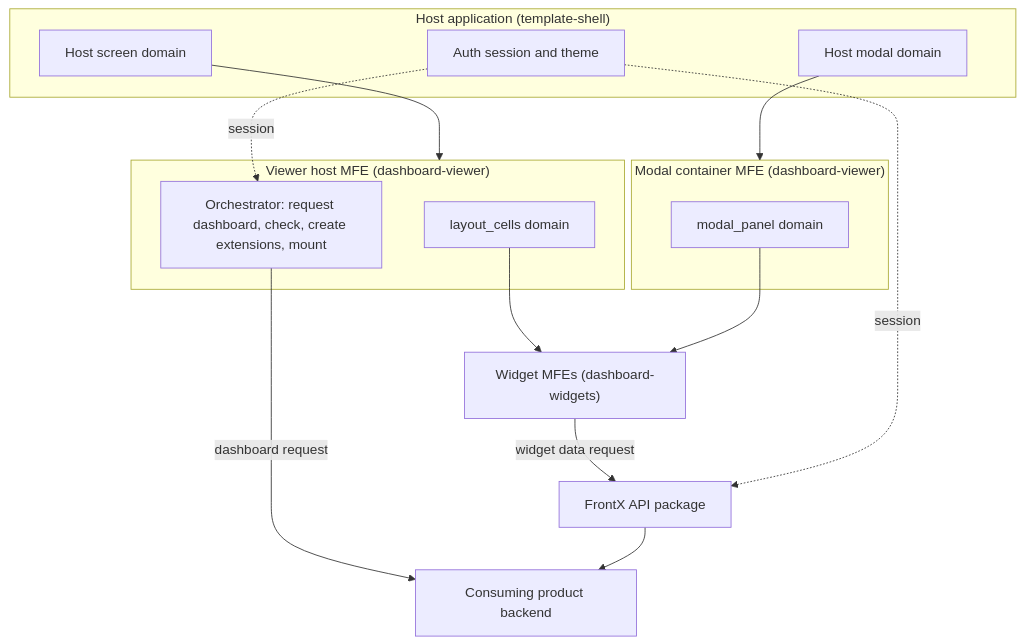
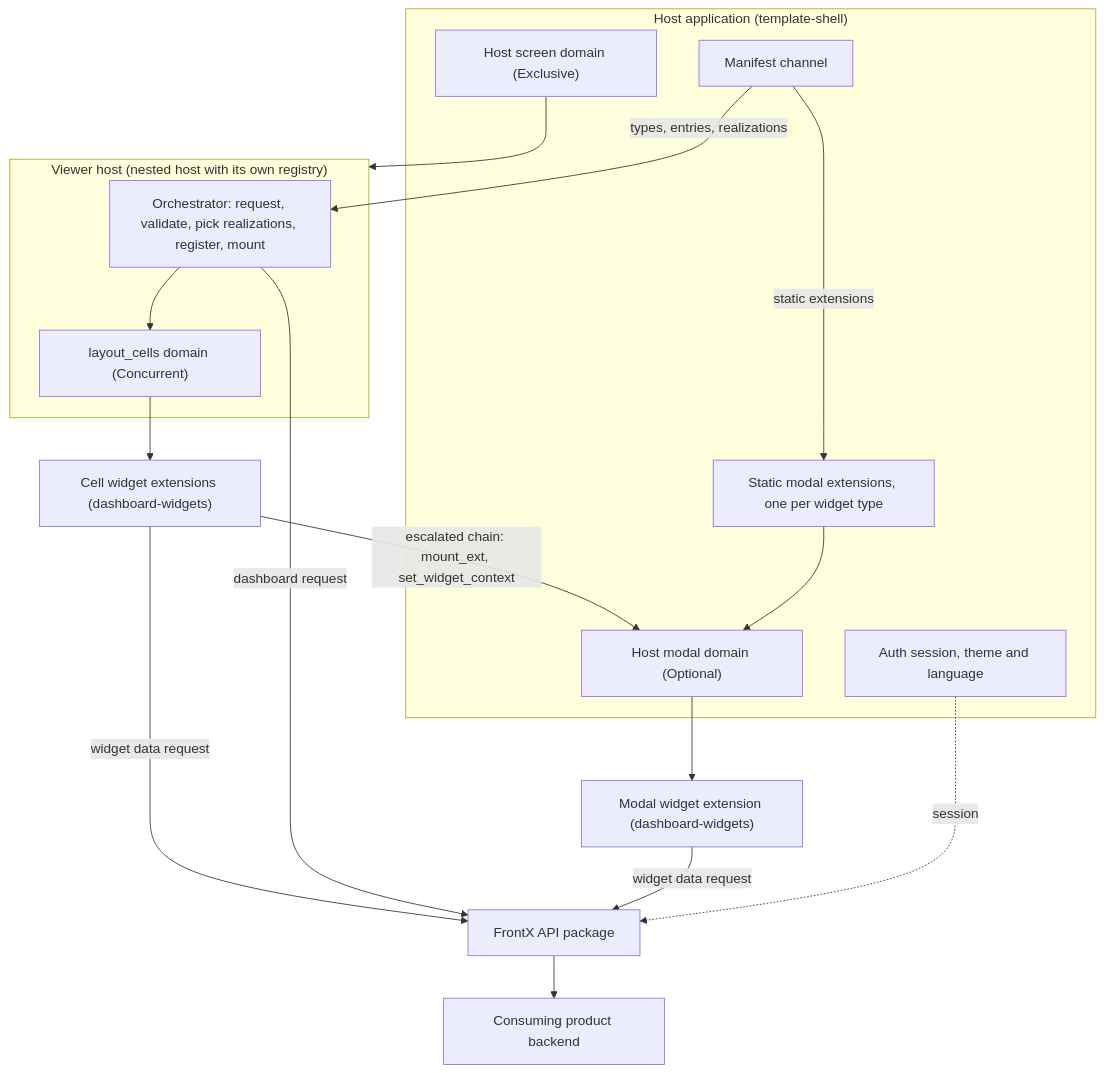
The first of 8 diagrams in template-dashboard/architecture/DESIGN.md (AndrejK666/gears-frontx-templates), drawn with Mermaid before and after one commit. The commit also changed other lines of this file and 22 other files, not shown here.

Commit message:
docs(template-dashboard): per-widget metric requests and widget realizations

````diff
--- a/template-dashboard/architecture/DESIGN.md
+++ b/template-dashboard/architecture/DESIGN.md
@@ -96,28 +99,32 @@
 ```mermaid
 graph TB
     subgraph Host["Host application (template-shell)"]
-        SCR["Host screen domain"]
-        POP["Host modal domain"]
-        AUTH["Auth session and theme"]
+        SCR["Host screen domain (Exclusive)"]
+        POP["Host modal domain (Optional)"]
+        SME["Static modal extensions, one per widget type"]
+        MAN["Manifest channel"]
+        SES["Auth session, theme and language"]
     end
-    subgraph Viewer["Viewer host MFE (dashboard-viewer)"]
-        ORCH["Orchestrator: request dashboard, check, create extensions, mount"]
-        LC["layout_cells domain"]
+    subgraph Viewer["Viewer host (nested host with its own registry)"]
+        ORCH["Orchestrator: request, validate, pick realizations, register, mount"]
+        LC["layout_cells domain (Concurrent)"]
     end
-    subgraph Modal["Modal container MFE (dashboard-viewer)"]
-        MP["modal_panel domain"]
-    end
-    W["Widget MFEs (dashboard-widgets)"]
+    CW["Cell widget extensions (dashboard-widgets)"]
+    MW["Modal widget extension (dashboard-widgets)"]
     API["FrontX API package"]
     BE["Consuming product backend"]
 
     SCR --> Viewer
-    POP --> Modal
-    ORCH -- "dashboard request" --> BE
-    LC --> W
-    MP --> W
-    W -- "widget data request" --> API
+    MAN -- "types, entries, realizations" --> ORCH
+    MAN -- "static extensions" --> SME
+    SME --> POP
+    ORCH --> LC
+    LC --> CW
+    CW -- "escalated chain: mount_ext, set_widget_context" --> POP
+    POP --> MW
+    ORCH -- "dashboard request" --> API
+    CW -- "widget data request" --> API
+    MW -- "widget data request" --> API
     API --> BE
-    AUTH -. session .-> ORCH
-    AUTH -. session .-> API
+    SES -. "session" .-> API
 ```
````
